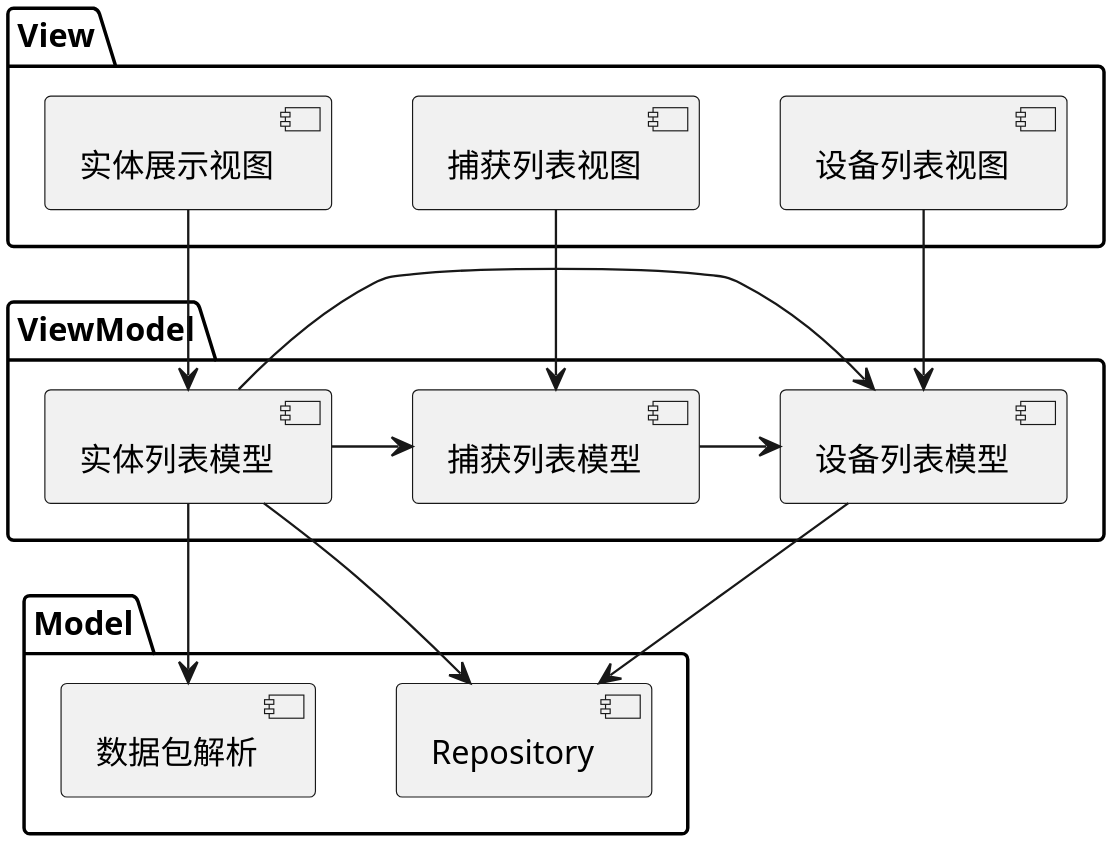
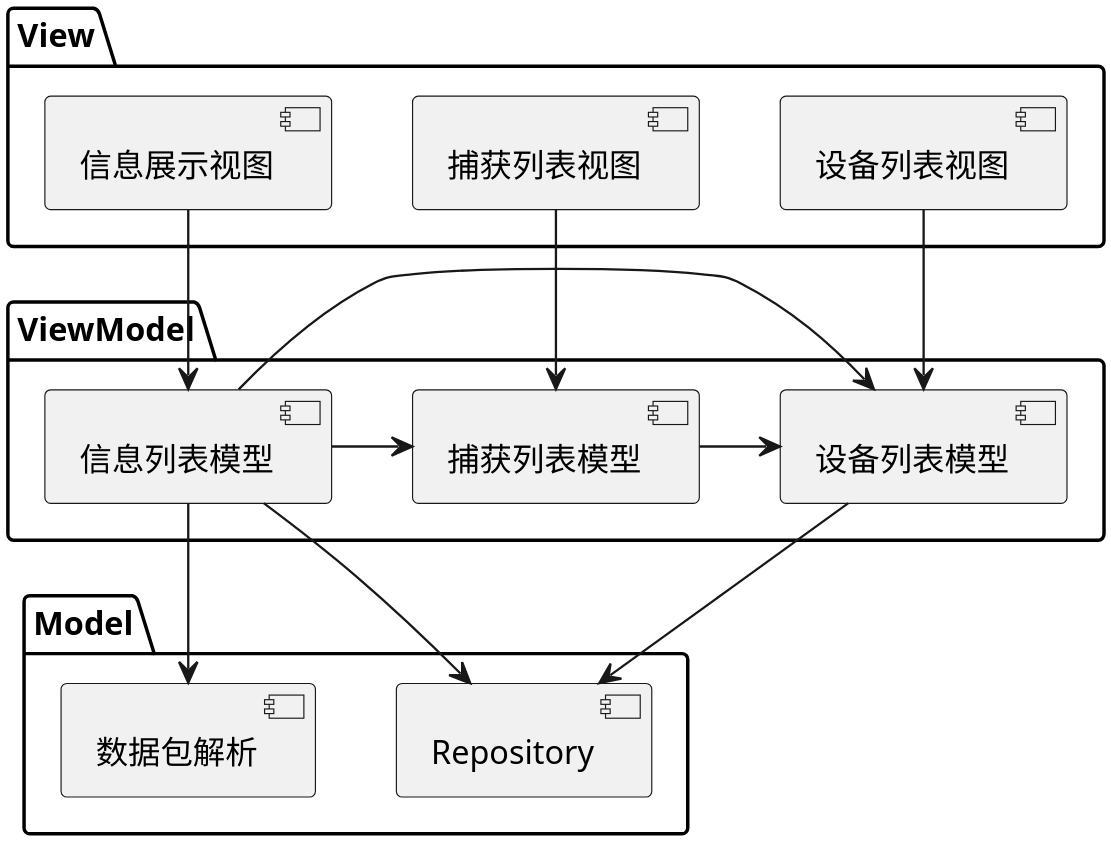
The diagram in Icmpv6/doc/SystemComponent.puml (Baymax104/icmpv6-parser), drawn with PlantUML before and after one commit. The commit also changed 10 other files, not shown here.

```diff
--- a/Icmpv6/doc/SystemComponent.puml
+++ b/Icmpv6/doc/SystemComponent.puml
@@ -1,36 +1,36 @@
 @startuml
 'https://plantuml.com/component-diagram
 
 skinparam dpi 300
 
 package View {
     component 设备列表视图 as DeviceListView
     component 捕获列表视图 as CaptureListView
-    component 实体展示视图 as InfoView
+    component 信息展示视图 as InfoView
 }
 
 package ViewModel {
     component 设备列表模型 as DeviceListViewModel
     component 捕获列表模型 as CaptureListViewModel
-    component 实体列表模型 as InfoViewModel
+    component 信息列表模型 as InfoViewModel
 }
 
 package Model {
     component 数据包解析 as PacketParse
     component Repository
 }
 
 DeviceListView --> DeviceListViewModel
 CaptureListView --> CaptureListViewModel
 InfoView --> InfoViewModel
 
 CaptureListViewModel -> DeviceListViewModel
 InfoViewModel -> DeviceListViewModel
 InfoViewModel -> CaptureListViewModel
 
 InfoViewModel--> PacketParse
 InfoViewModel --> Repository
 DeviceListViewModel --> Repository
 
 
 @enduml
```
